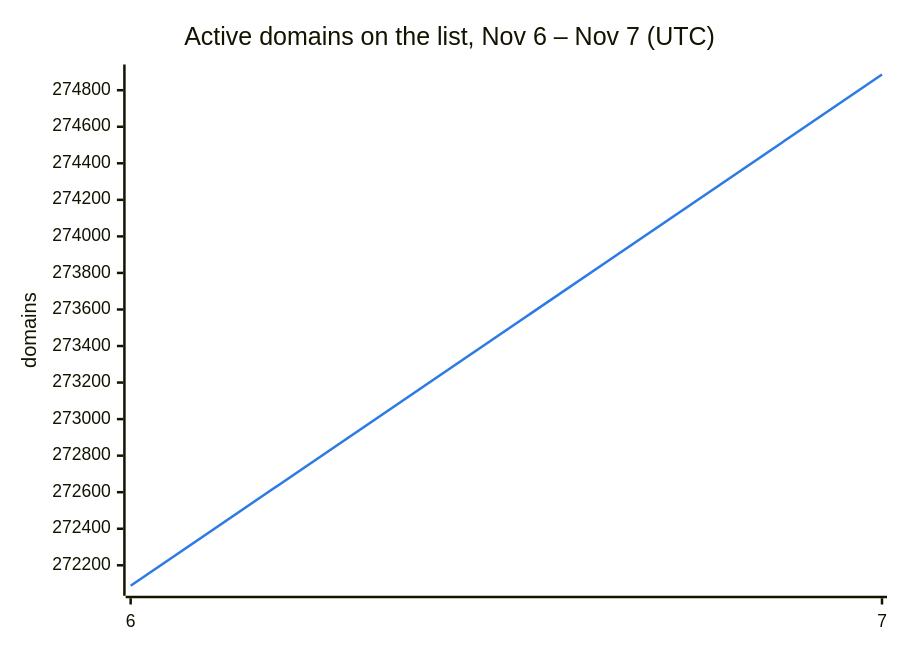
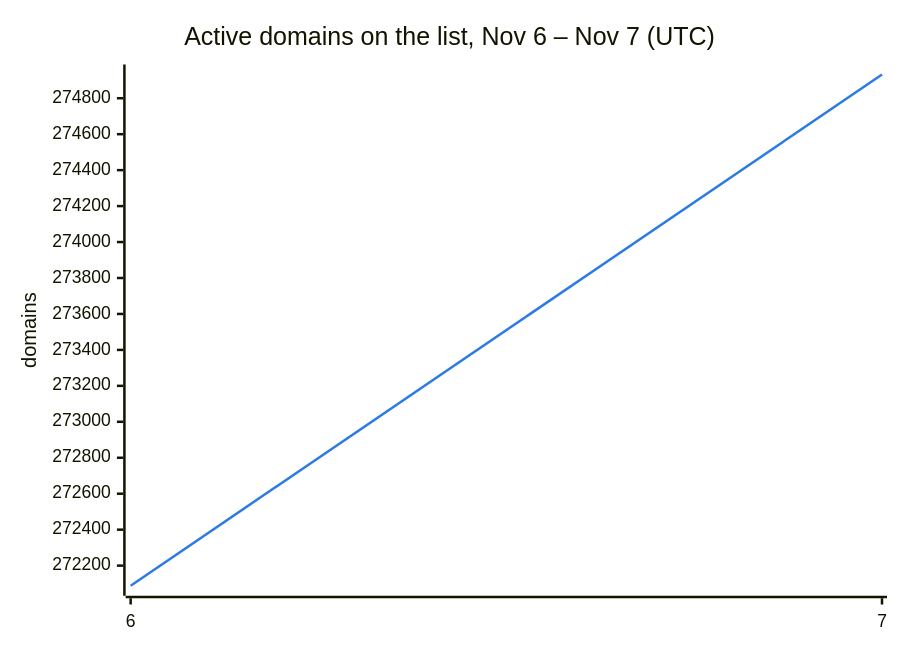
One commit to DNSBunker/CTI changed the second of 3 diagrams in README.md. Above: the diagram before and after it, drawn with Mermaid. The commit also changed other lines of this file and 3 other files, not shown here.

````diff
--- a/README.md
+++ b/README.md
@@ -38,8 +38,8 @@
 ```mermaid
 %%{init: {"themeVariables": {"xyChart": {"plotColorPalette": "#2c7be5"}}}}%%
 xychart-beta
     title "Active domains on the list, Nov 6 – Nov 7 (UTC)"
     x-axis ["6", "7"]
     y-axis "domains"
-    line [272088, 274886]
+    line [272088, 274932]
 ```
````
